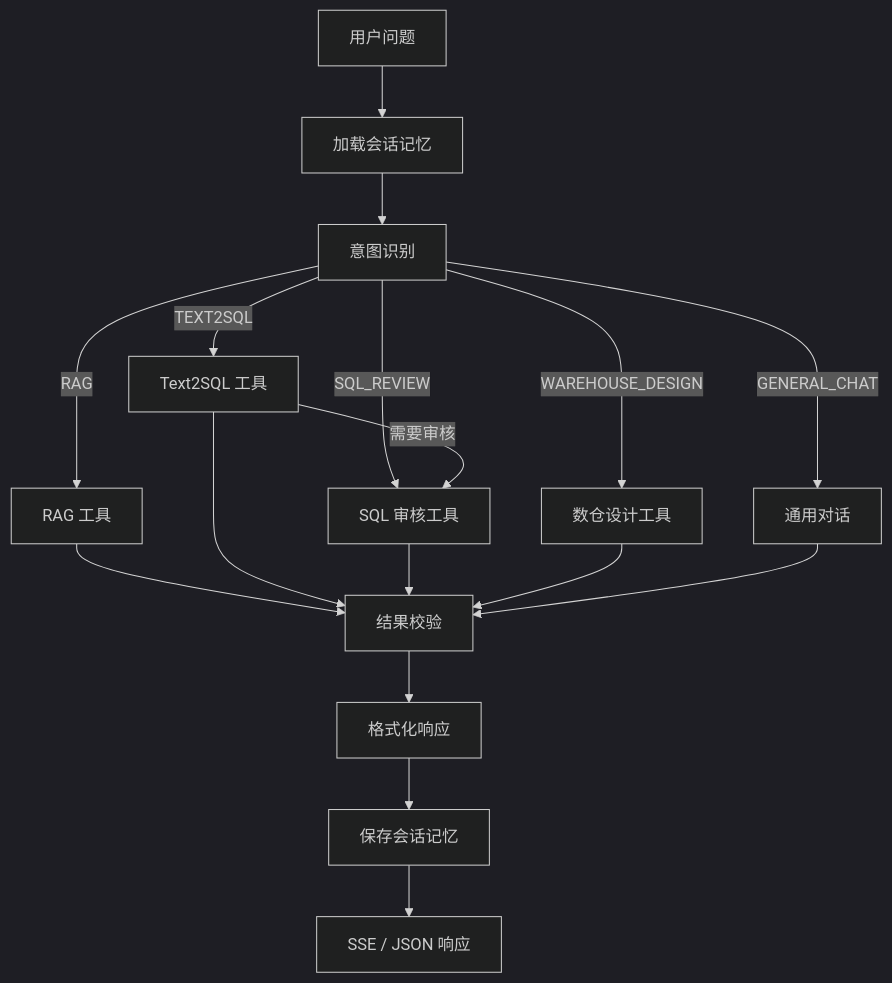
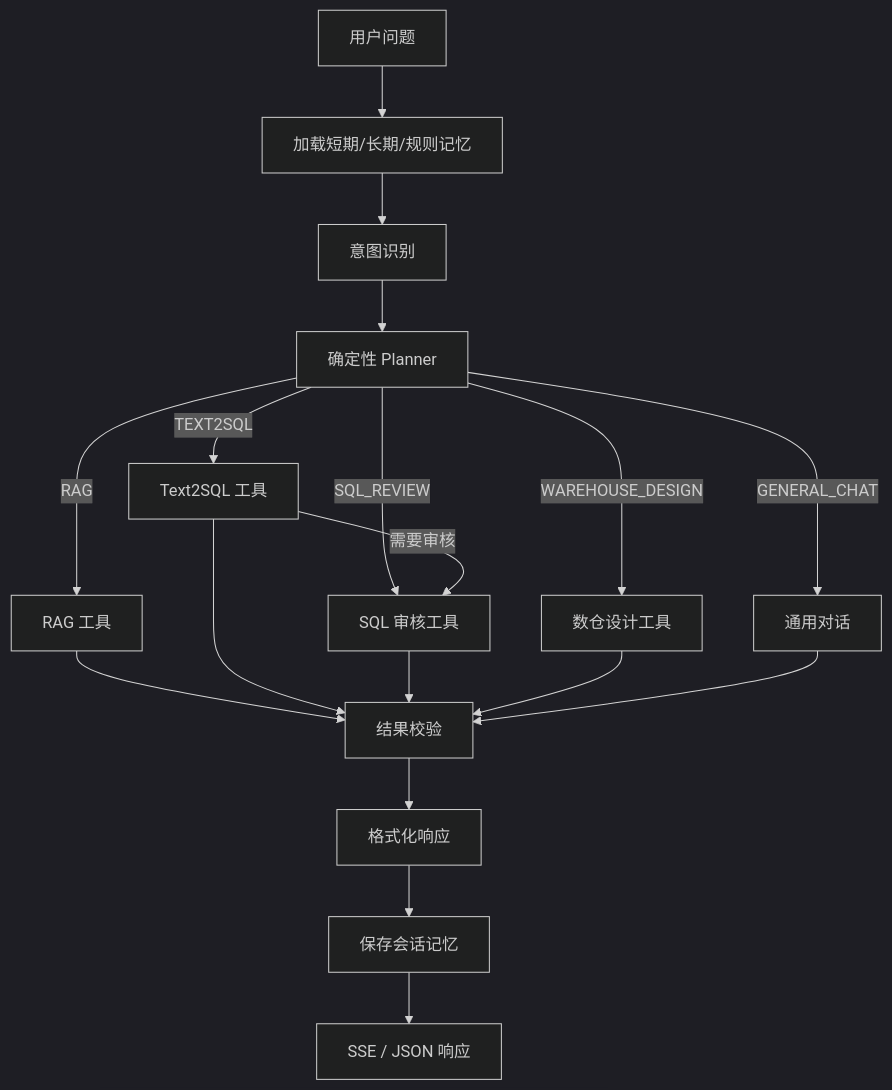
Before and after one commit to plutoczm/DataCopilot: the fourth of 8 diagrams in docs/ARCHITECTURE.md, drawn with Mermaid (dark theme). The commit also changed other lines of this file and 78 other files, not shown here.

````diff
--- a/docs/ARCHITECTURE.md
+++ b/docs/ARCHITECTURE.md
@@ -102,19 +105,20 @@
 ```mermaid
 flowchart TD
-    Query[用户问题] --> Memory[加载会话记忆]
+    Query[用户问题] --> Memory[加载短期/长期/规则记忆]
     Memory --> Classify[意图识别]
-    Classify -->|RAG| RAGTool[RAG 工具]
-    Classify -->|TEXT2SQL| SQLTool[Text2SQL 工具]
-    Classify -->|SQL_REVIEW| ReviewTool[SQL 审核工具]
-    Classify -->|WAREHOUSE_DESIGN| WarehouseTool[数仓设计工具]
-    Classify -->|GENERAL_CHAT| Chat[通用对话]
+    Classify --> Planner[确定性 Planner]
+    Planner -->|RAG| RAGTool[RAG 工具]
+    Planner -->|TEXT2SQL| SQLTool[Text2SQL 工具]
+    Planner -->|SQL_REVIEW| ReviewTool[SQL 审核工具]
+    Planner -->|WAREHOUSE_DESIGN| WarehouseTool[数仓设计工具]
+    Planner -->|GENERAL_CHAT| Chat[通用对话]
     SQLTool -->|需要审核| ReviewTool
     RAGTool --> Validate[结果校验]
     SQLTool --> Validate
     ReviewTool --> Validate
     WarehouseTool --> Validate
     Chat --> Validate
     Validate --> Format[格式化响应]
     Format --> Save[保存会话记忆]
     Save --> Response[SSE / JSON 响应]
 ```
````
